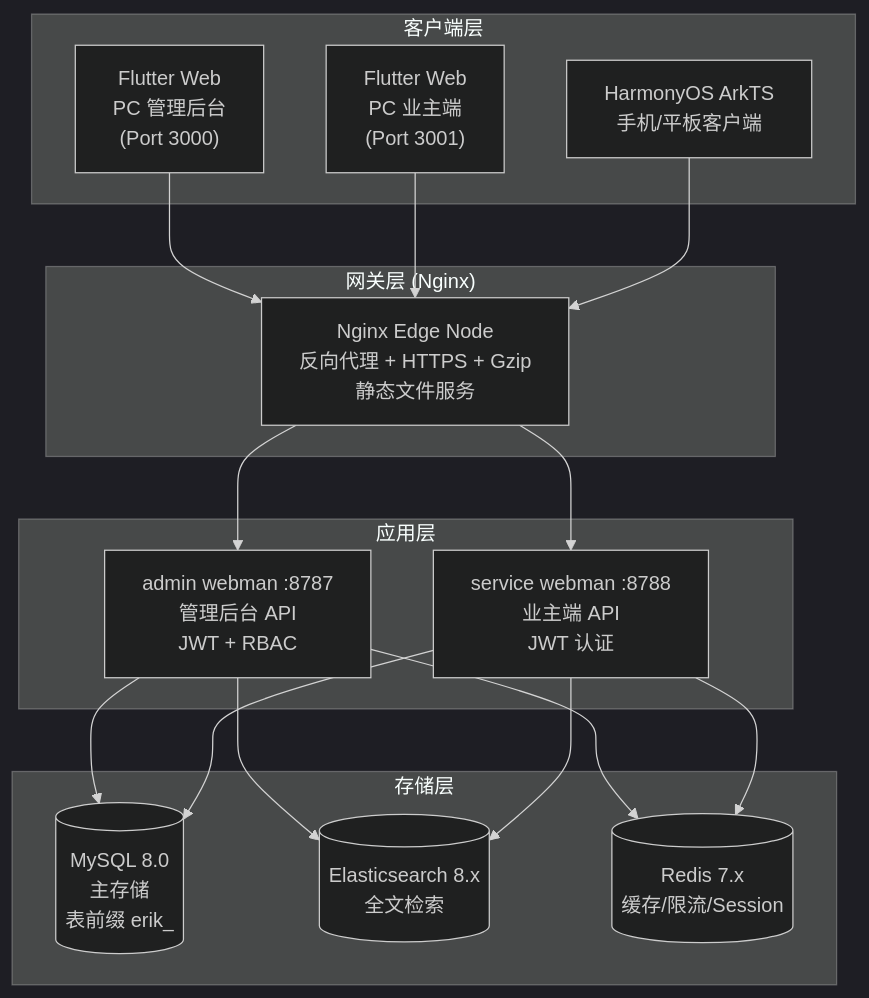
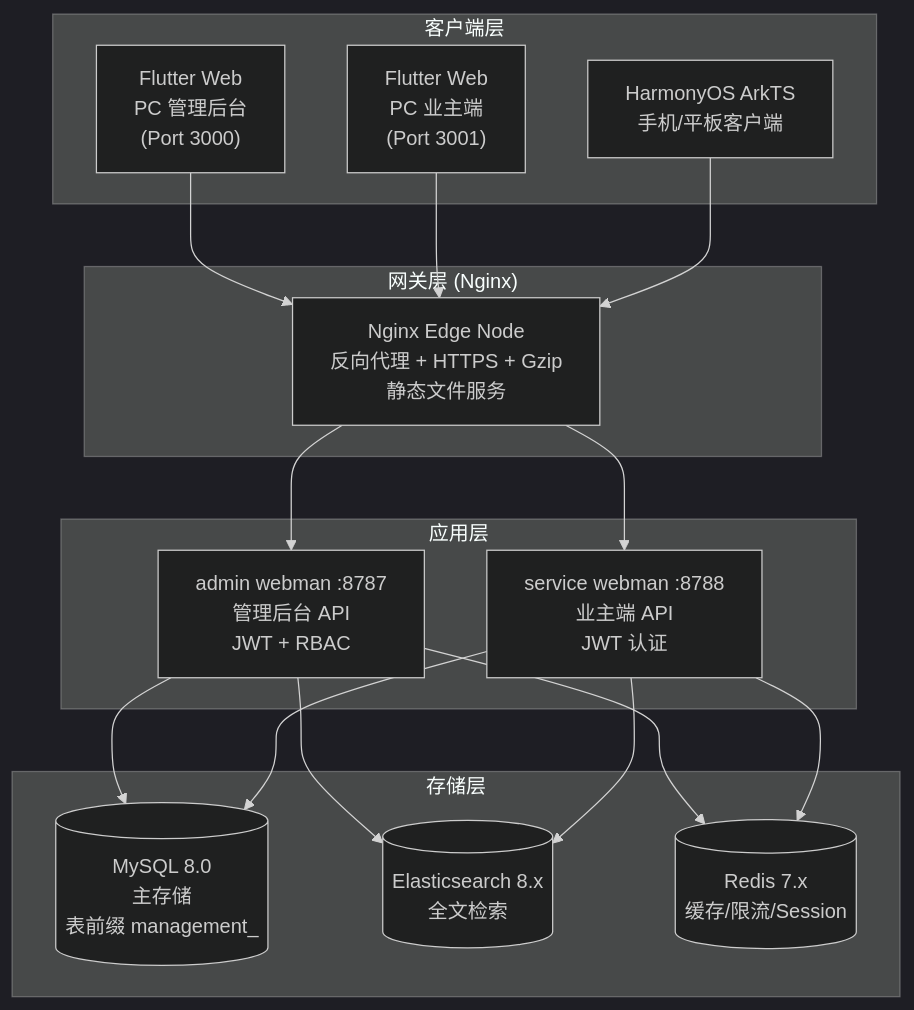
The first of 10 diagrams in docs/ARCHITECTURE.md (erikwang2013/property-management-platform), drawn with Mermaid (dark theme) before and after one commit. The commit also changed other lines of this file and 347 other files, not shown here.

First line of the commit message:
P17 命名统一交付：数据库 management + 表前缀 management_ + Redis 前缀 management

````diff
--- a/docs/ARCHITECTURE.md
+++ b/docs/ARCHITECTURE.md
@@ -11,27 +11,27 @@
 ```mermaid
 flowchart TB
     subgraph "客户端层"
         A1["Flutter Web<br/>PC 管理后台<br/>(Port 3000)"]
         A2["Flutter Web<br/>PC 业主端<br/>(Port 3001)"]
         A3["HarmonyOS ArkTS<br/>手机/平板客户端"]
     end
 
     subgraph "网关层 (Nginx)"
         B1["Nginx Edge Node<br/>反向代理 + HTTPS + Gzip<br/>静态文件服务"]
     end
 
     subgraph "应用层"
         C1["admin webman :8787<br/>管理后台 API<br/>JWT + RBAC"]
         C2["service webman :8788<br/>业主端 API<br/>JWT 认证"]
     end
 
     subgraph "存储层"
-        D1[("MySQL 8.0<br/>主存储<br/>表前缀 erik_")]
+        D1[("MySQL 8.0<br/>主存储<br/>表前缀 management_")]
         D2[("Elasticsearch 8.x<br/>全文检索")]
         D3[("Redis 7.x<br/>缓存/限流/Session")]
     end
 
     A1 & A2 & A3 --> B1
     B1 --> C1 & C2
     C1 & C2 --> D1 & D2 & D3
 ```
````
